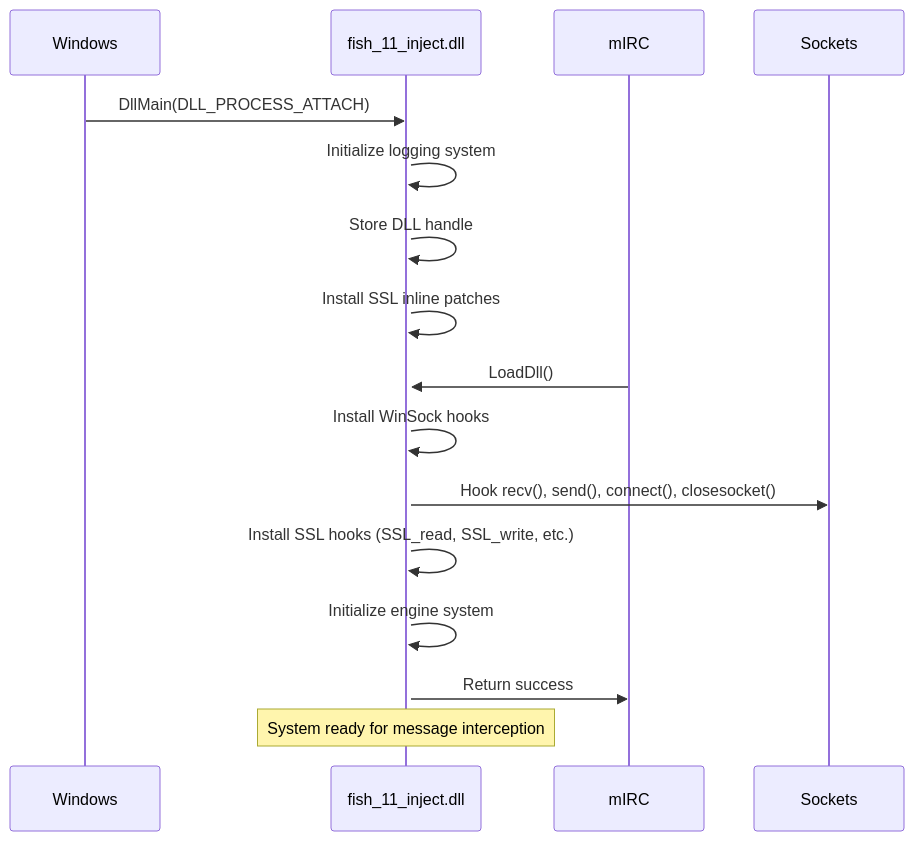
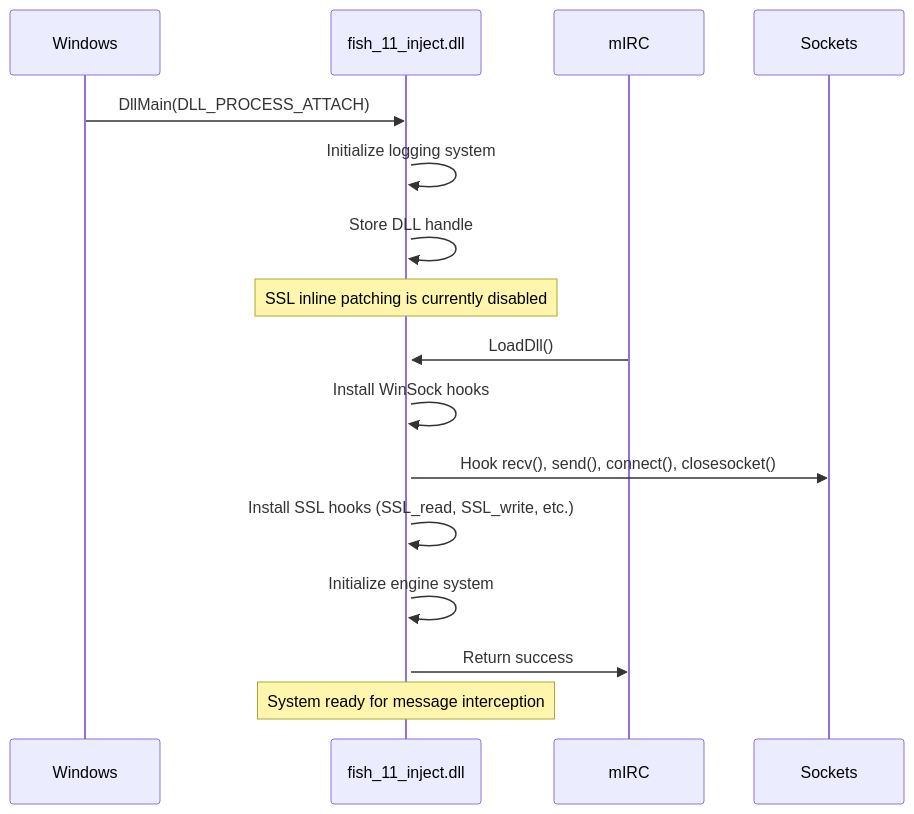
The third of 5 diagrams in fish_11_inject/README.md (tsautier/fish_11), drawn with Mermaid before and after one commit. The commit also changed other lines of this file and 8 other files, not shown here.

Commit message:
Refactor and reorganize code structure; move experimental SSL inline patching to a separate directory, update README documentation, and enhance logging for better traceability.

````diff
--- a/fish_11_inject/README.md
+++ b/fish_11_inject/README.md
@@ -128,22 +130,22 @@
 ```mermaid
 sequenceDiagram
     participant W as Windows
     participant D as fish_11_inject.dll
     participant M as mIRC
     participant S as Sockets
     
     W->>D: DllMain(DLL_PROCESS_ATTACH)
     activate D
     D->>D: Initialize logging system
     D->>D: Store DLL handle
-    D->>D: Install SSL inline patches
+    Note over D: SSL inline patching is currently disabled
     
     M->>D: LoadDll()
     D->>D: Install WinSock hooks
     D->>S: Hook recv(), send(), connect(), closesocket()
     D->>D: Install SSL hooks (SSL_read, SSL_write, etc.)
     D->>D: Initialize engine system
     D->>M: Return success
     
     Note over D: System ready for message interception
 ```
````
